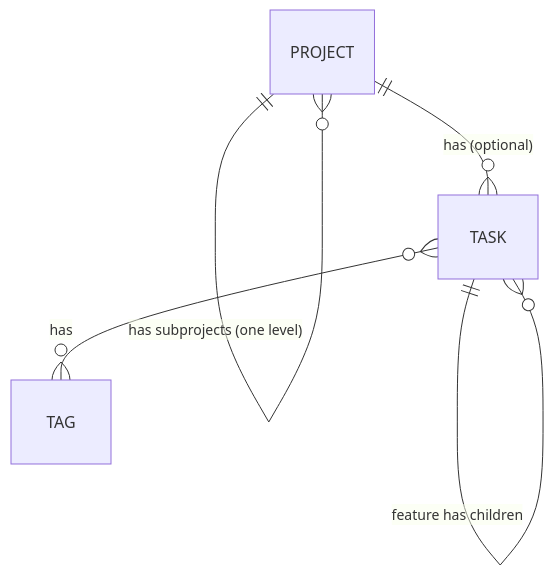
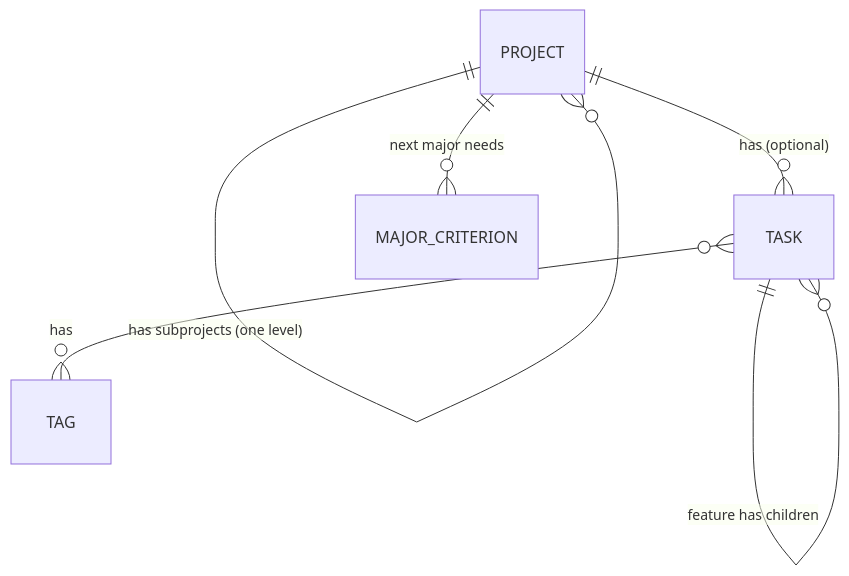
One commit to David-Bambi/nexus changed the first of 3 diagrams in docs/architecture/overview.md. Above: the diagram before and after it, drawn with Mermaid. The commit also changed other lines of this file and 16 other files, not shown here.

First line of the commit message:
Compute project versions: minor bump on shipped features, major criteria

````diff
--- a/docs/architecture/overview.md
+++ b/docs/architecture/overview.md
@@ -17,7 +21,8 @@
 ```mermaid
 erDiagram
     PROJECT ||--o{ PROJECT : "has subprojects (one level)"
     PROJECT ||--o{ TASK : "has (optional)"
+    PROJECT ||--o{ MAJOR_CRITERION : "next major needs"
     TASK ||--o{ TASK : "feature has children"
     TASK }o--o{ TAG : has
 ```
````
